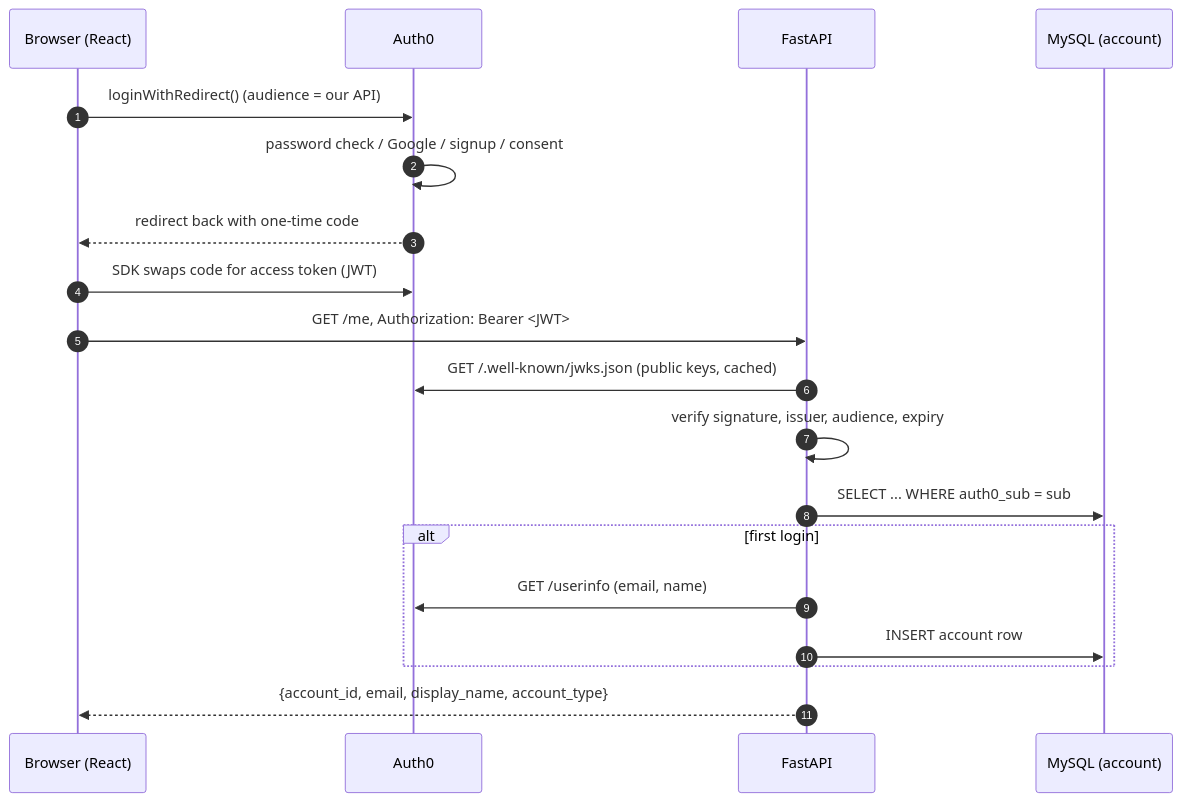
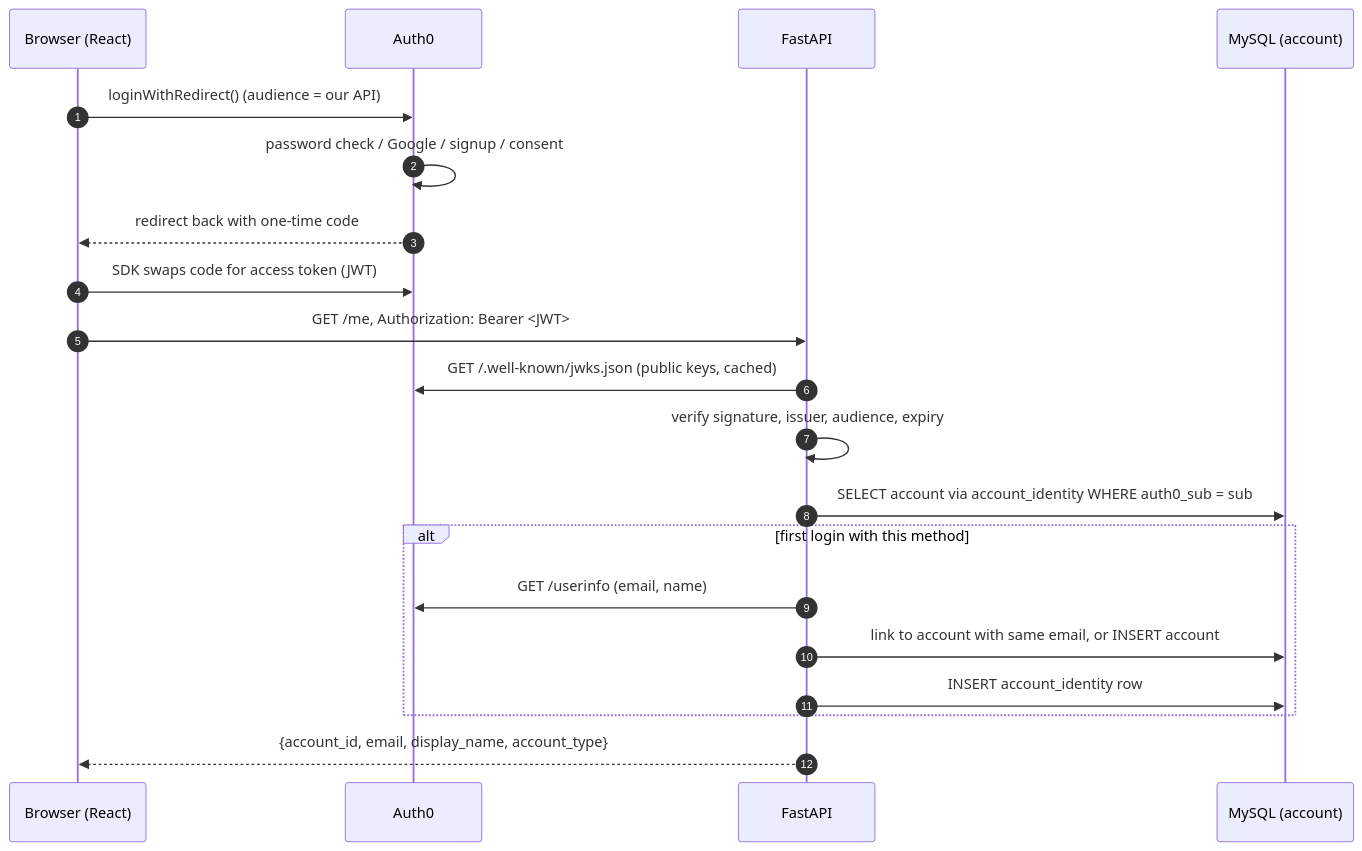
One commit to sudo-nickPinto/CS440-Quiz-Platform changed the first of 4 diagrams in docs/AUTH.md. Above: the diagram before and after it, drawn with Mermaid. The commit also changed other lines of this file and 6 other files, not shown here.

First line of the commit message:
Link login methods to one account via account_identity

````diff
--- a/docs/AUTH.md
+++ b/docs/AUTH.md
@@ -10,22 +10,23 @@
 ```mermaid
 sequenceDiagram
     autonumber
     participant B as Browser (React)
     participant A as Auth0
     participant F as FastAPI
     participant D as MySQL (account)
 
     B->>A: loginWithRedirect() (audience = our API)
     A->>A: password check / Google / signup / consent
     A-->>B: redirect back with one-time code
     B->>A: SDK swaps code for access token (JWT)
     B->>F: GET /me, Authorization: Bearer <JWT>
     F->>A: GET /.well-known/jwks.json (public keys, cached)
     F->>F: verify signature, issuer, audience, expiry
-    F->>D: SELECT ... WHERE auth0_sub = sub
-    alt first login
+    F->>D: SELECT account via account_identity WHERE auth0_sub = sub
+    alt first login with this method
         F->>A: GET /userinfo (email, name)
-        F->>D: INSERT account row
+        F->>D: link to account with same email, or INSERT account
+        F->>D: INSERT account_identity row
     end
     F-->>B: {account_id, email, display_name, account_type}
 ```
````
